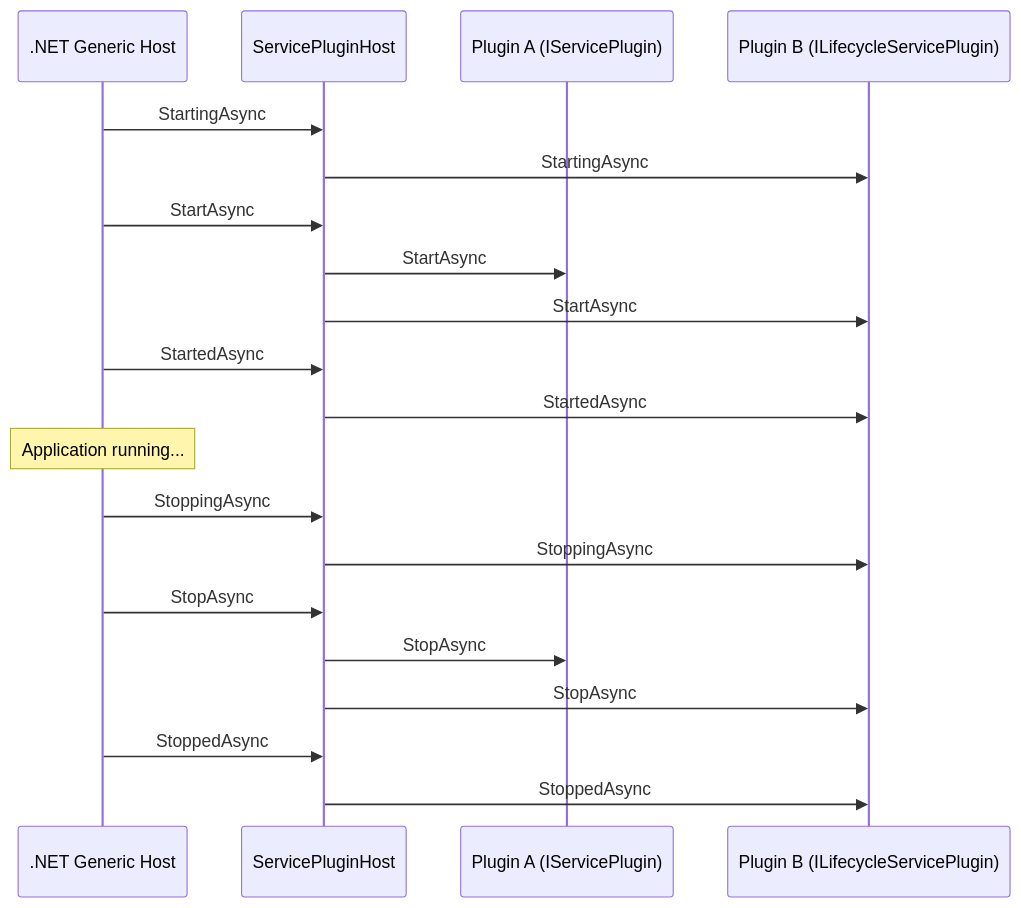
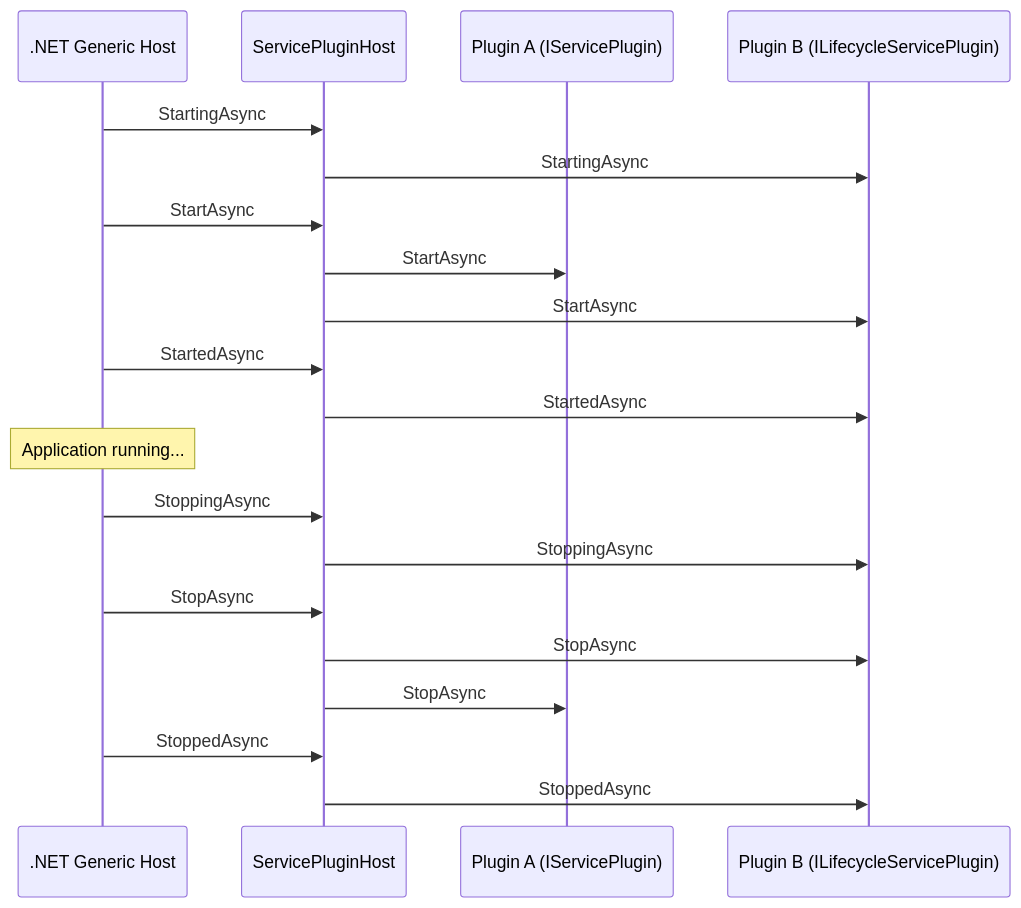
Before and after one commit to TRUMPF-IoT/saf: the second of 3 diagrams in docs/plugin-system.md, drawn with Mermaid. The commit also changed other lines of this file and 4 other files, not shown here.

````diff
--- a/docs/plugin-system.md
+++ b/docs/plugin-system.md
@@ -777,29 +779,29 @@
 ```mermaid
 sequenceDiagram
     participant Host as .NET Generic Host
     participant SPH as ServicePluginHost
     participant PA  as Plugin A (IServicePlugin)
     participant PB  as Plugin B (ILifecycleServicePlugin)
 
     Host->>SPH: StartingAsync
     SPH->>PB: StartingAsync
 
     Host->>SPH: StartAsync
     SPH->>PA: StartAsync
     SPH->>PB: StartAsync
 
     Host->>SPH: StartedAsync
     SPH->>PB: StartedAsync
 
     Note over Host: Application running...
 
     Host->>SPH: StoppingAsync
     SPH->>PB: StoppingAsync
 
     Host->>SPH: StopAsync
+    SPH->>PB: StopAsync
     SPH->>PA: StopAsync
-    SPH->>PB: StopAsync
 
     Host->>SPH: StoppedAsync
     SPH->>PB: StoppedAsync
 ```
````
